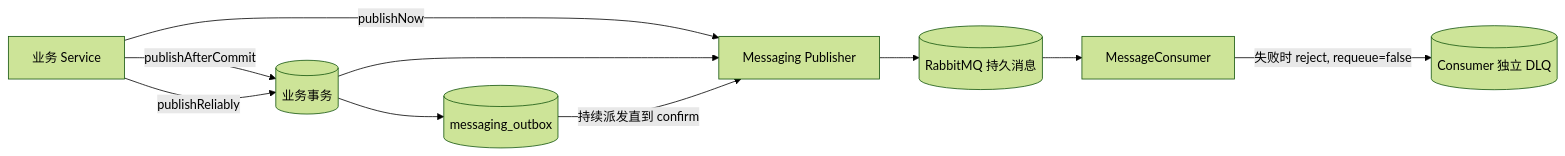
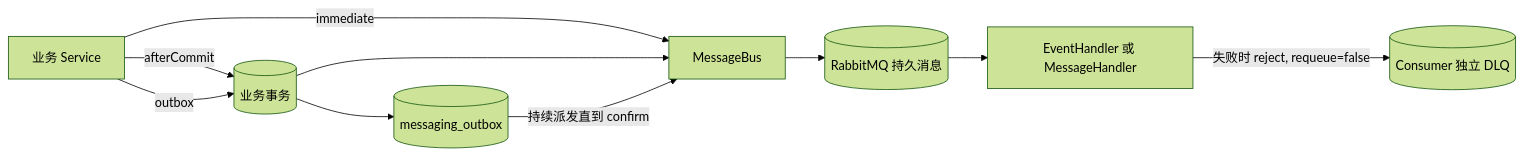
One commit to SH-XiaoXiu/sca4d-j changed the first of 3 diagrams in docs/tutorials/messaging-and-notification.md. Above: the diagram before and after it, drawn with Mermaid (forest theme). The commit also changed other lines of this file and 301 other files, not shown here.

````diff
--- a/docs/tutorials/messaging-and-notification.md
+++ b/docs/tutorials/messaging-and-notification.md
@@ -27,16 +27,16 @@
 ```mermaid
 flowchart LR
     Service[业务 Service]
     Tx[(业务事务)]
     Outbox[(messaging_outbox)]
-    Publisher[Messaging Publisher]
+    Publisher[MessageBus]
     Rabbit[(RabbitMQ 持久消息)]
-    Consumer[MessageConsumer]
+    Consumer[EventHandler 或 MessageHandler]
     DLQ[(Consumer 独立 DLQ)]
 
-    Service -->|publishNow| Publisher
-    Service -->|publishAfterCommit| Tx --> Publisher
-    Service -->|publishReliably| Tx --> Outbox
+    Service -->|immediate| Publisher
+    Service -->|afterCommit| Tx --> Publisher
+    Service -->|outbox| Tx --> Outbox
     Outbox -->|持续派发直到 confirm| Publisher --> Rabbit --> Consumer
     Consumer -->|失败时 reject, requeue=false| DLQ
 ```
````
